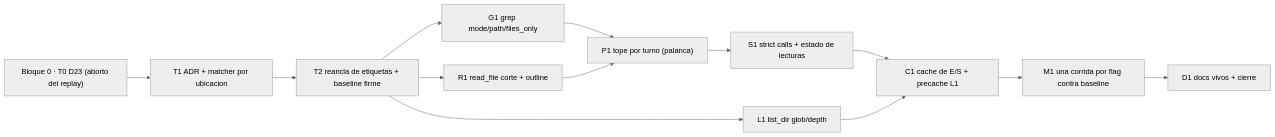
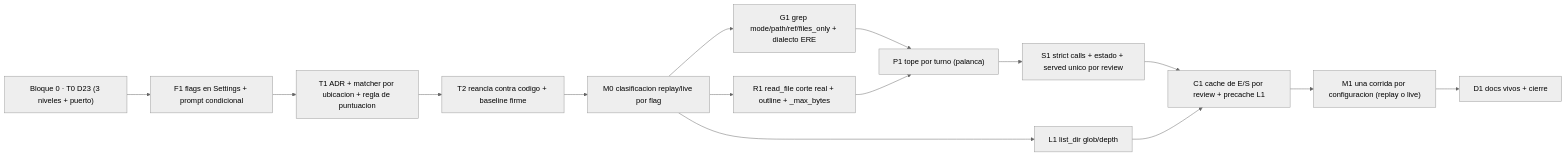
Before and after one commit to pcgarat/agent-review-langgraph: the diagram in docs/iniciativas/023-eficacia-del-bucle-de-lectura/plan.md, drawn with Mermaid (neutral theme). The commit also changed other lines of this file and 4 other files, not shown here.

````diff
--- a/docs/iniciativas/023-eficacia-del-bucle-de-lectura/plan.md
+++ b/docs/iniciativas/023-eficacia-del-bucle-de-lectura/plan.md
@@ -72,15 +126,17 @@
 ```mermaid
 flowchart LR
-    T0["Bloque 0 · T0 D23 (aborto del replay)"] --> T1["T1 ADR + matcher por ubicacion"]
-    T1 --> T2["T2 reancla de etiquetas + baseline firme"]
-    T2 --> G1["G1 grep mode/path/files_only"]
-    T2 --> R1["R1 read_file corte + outline"]
-    T2 --> L1["L1 list_dir glob/depth"]
+    T0["Bloque 0 · T0 D23 (3 niveles + puerto)"] --> F1["F1 flags en Settings + prompt condicional"]
+    F1 --> T1["T1 ADR + matcher por ubicacion + regla de puntuacion"]
+    T1 --> T2["T2 reancla contra codigo + baseline firme"]
+    T2 --> M0["M0 clasificacion replay/live por flag"]
+    M0 --> G1["G1 grep mode/path/ref/files_only + dialecto ERE"]
+    M0 --> R1["R1 read_file corte real + outline + _max_bytes"]
+    M0 --> L1["L1 list_dir glob/depth"]
     G1 --> P1["P1 tope por turno (palanca)"]
     R1 --> P1
-    P1 --> S1["S1 strict calls + estado de lecturas"]
-    S1 --> C1["C1 cache de E/S + precache L1"]
+    P1 --> S1["S1 strict calls + estado + served unico por review"]
+    S1 --> C1["C1 cache de E/S por review + precache L1"]
     L1 --> C1
-    C1 --> M1["M1 una corrida por flag contra baseline"]
+    C1 --> M1["M1 una corrida por configuracion (replay o live)"]
     M1 --> D1["D1 docs vivos + cierre"]
 ```
````
